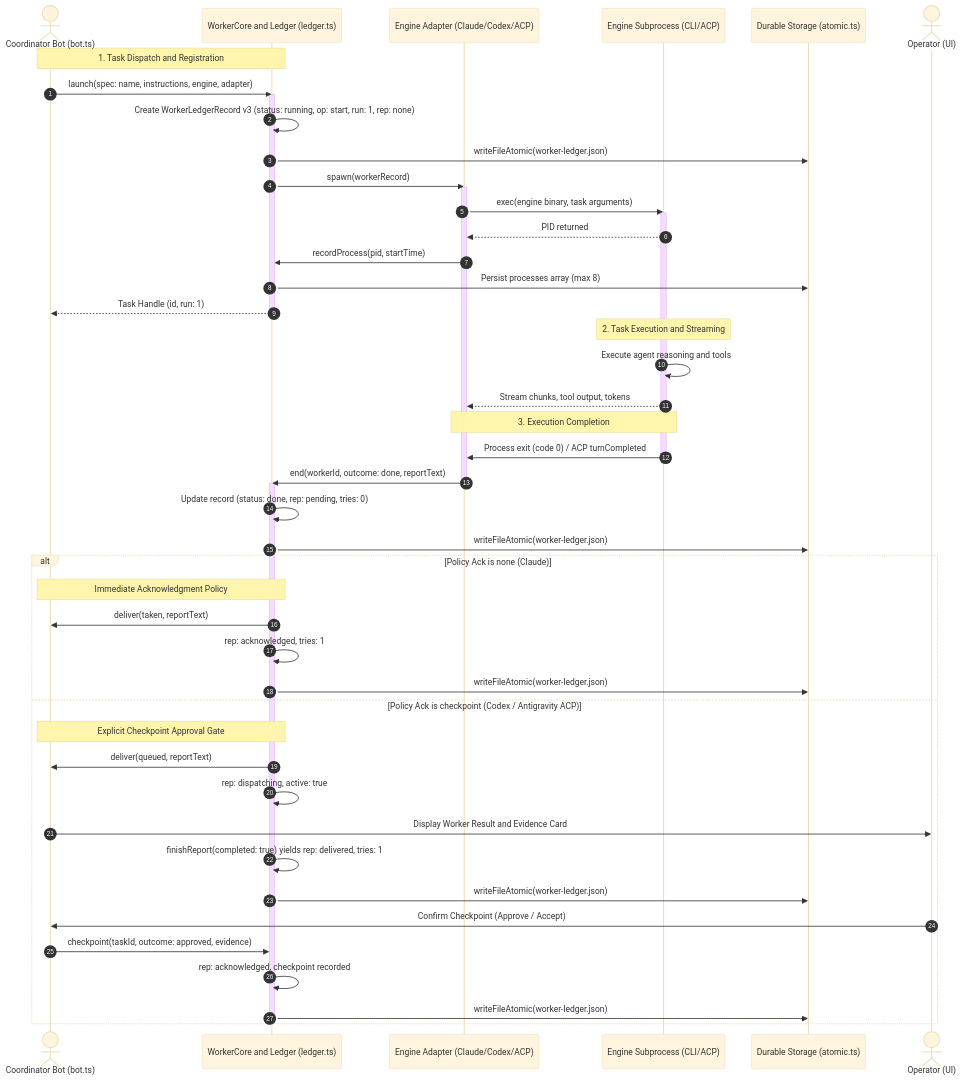
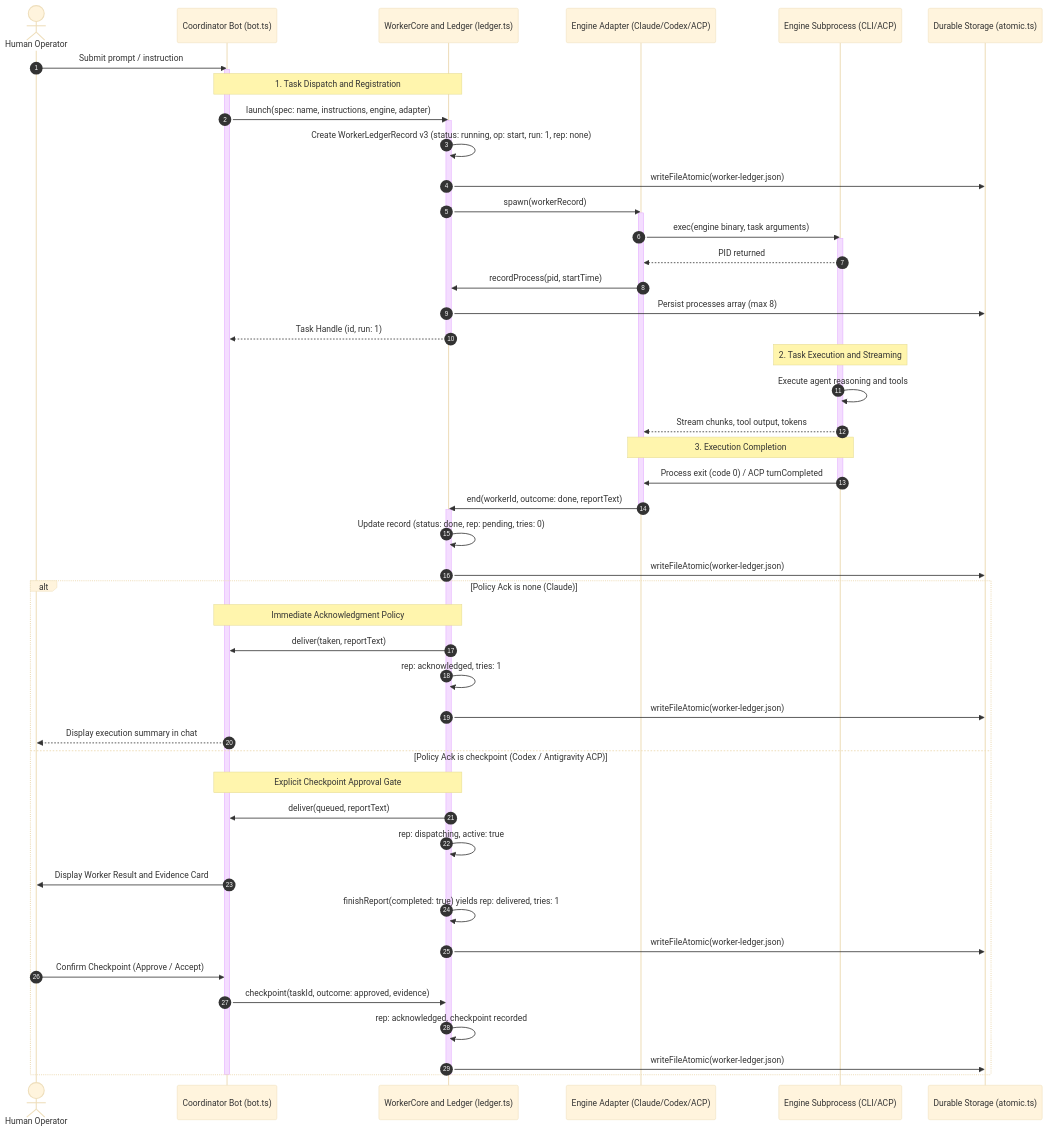
One commit to william1010121/Botling changed the second of 4 diagrams in specs/02-flows.md. Above: the diagram before and after it, drawn with Mermaid (base theme). The commit also changed other lines of this file and 9 other files, not shown here.

Commit message:
docs(specs): complete architectural specifications, ADRs, and TLA+ session lifecycle verification

````diff
--- a/specs/02-flows.md
+++ b/specs/02-flows.md
@@ -16,60 +85,65 @@
 ```mermaid
 sequenceDiagram
     autonumber
-    actor Coordinator as Coordinator Bot (bot.ts)
+    actor Operator as Human Operator
+    participant Coordinator as Coordinator Bot (bot.ts)
     participant WorkerCore as WorkerCore and Ledger (ledger.ts)
     participant EngineAdapter as Engine Adapter (Claude/Codex/ACP)
     participant ProcessTree as Engine Subprocess (CLI/ACP)
     participant DurableStore as Durable Storage (atomic.ts)
-    actor Operator as Operator (UI)
+
+    Operator->>Coordinator: Submit prompt / instruction
+    activate Coordinator
 
     Note over Coordinator,WorkerCore: 1. Task Dispatch and Registration
     Coordinator->>WorkerCore: launch(spec: name, instructions, engine, adapter)
     activate WorkerCore
     WorkerCore->>WorkerCore: Create WorkerLedgerRecord v3 (status: running, op: start, run: 1, rep: none)
     WorkerCore->>DurableStore: writeFileAtomic(worker-ledger.json)
     WorkerCore->>EngineAdapter: spawn(workerRecord)
     activate EngineAdapter
 
     EngineAdapter->>ProcessTree: exec(engine binary, task arguments)
     activate ProcessTree
     ProcessTree-->>EngineAdapter: PID returned
     EngineAdapter->>WorkerCore: recordProcess(pid, startTime)
     WorkerCore->>DurableStore: Persist processes array (max 8)
     WorkerCore-->>Coordinator: Task Handle (id, run: 1)
     deactivate WorkerCore
 
     Note over ProcessTree: 2. Task Execution and Streaming
     ProcessTree->>ProcessTree: Execute agent reasoning and tools
     ProcessTree-->>EngineAdapter: Stream chunks, tool output, tokens
 
     Note over ProcessTree,EngineAdapter: 3. Execution Completion
     ProcessTree->>EngineAdapter: Process exit (code 0) / ACP turnCompleted
     deactivate ProcessTree
     EngineAdapter->>WorkerCore: end(workerId, outcome: done, reportText)
     deactivate EngineAdapter
     activate WorkerCore
 
     WorkerCore->>WorkerCore: Update record (status: done, rep: pending, tries: 0)
     WorkerCore->>DurableStore: writeFileAtomic(worker-ledger.json)
 
     alt Policy Ack is none (Claude)
         Note over WorkerCore,Coordinator: Immediate Acknowledgment Policy
         WorkerCore->>Coordinator: deliver(taken, reportText)
         WorkerCore->>WorkerCore: rep: acknowledged, tries: 1
         WorkerCore->>DurableStore: writeFileAtomic(worker-ledger.json)
+        Coordinator-->>Operator: Display execution summary in chat
     else Policy Ack is checkpoint (Codex / Antigravity ACP)
         Note over WorkerCore,Coordinator: Explicit Checkpoint Approval Gate
         WorkerCore->>Coordinator: deliver(queued, reportText)
         WorkerCore->>WorkerCore: rep: dispatching, active: true
         Coordinator->>Operator: Display Worker Result and Evidence Card
         WorkerCore->>WorkerCore: finishReport(completed: true) yields rep: delivered, tries: 1
         WorkerCore->>DurableStore: writeFileAtomic(worker-ledger.json)
 
         Operator->>Coordinator: Confirm Checkpoint (Approve / Accept)
         Coordinator->>WorkerCore: checkpoint(taskId, outcome: approved, evidence)
         WorkerCore->>WorkerCore: rep: acknowledged, checkpoint recorded
         WorkerCore->>DurableStore: writeFileAtomic(worker-ledger.json)
     end
     deactivate WorkerCore
+    deactivate Coordinator
 ```
````
